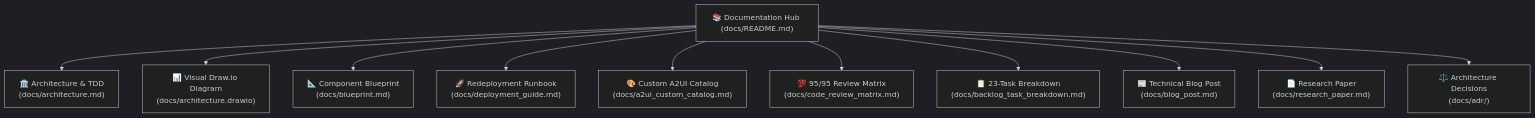
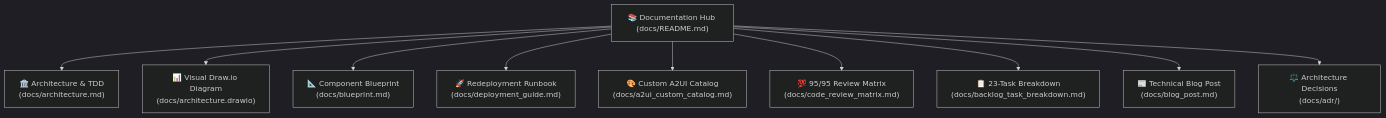
The diagram in docs/README.md (tiaaburton/Data-Recon-Agent), drawn with Mermaid (dark theme) before and after one commit. The commit also changed other lines of this file and 3 other files, not shown here.

Commit message:
docs: remove research paper from repository and documentation hub

````diff
--- a/docs/README.md
+++ b/docs/README.md
@@ -11,26 +11,24 @@
 ```mermaid
 graph TD
     Hub["📚 Documentation Hub (docs/README.md)"]
     
     Arch["🏛️ Architecture & TDD<br/>(docs/architecture.md)"]
     DrawIO["📊 Visual Draw.io Diagram<br/>(docs/architecture.drawio)"]
     Blueprint["📐 Component Blueprint<br/>(docs/blueprint.md)"]
     Deploy["🚀 Redeployment Runbook<br/>(docs/deployment_guide.md)"]
     A2UI["🎨 Custom A2UI Catalog<br/>(docs/a2ui_custom_catalog.md)"]
     Scorecard["💯 95/95 Review Matrix<br/>(docs/code_review_matrix.md)"]
     Backlog["📋 23-Task Breakdown<br/>(docs/backlog_task_breakdown.md)"]
     Blog["📰 Technical Blog Post<br/>(docs/blog_post.md)"]
-    Paper["📄 Research Paper<br/>(docs/research_paper.md)"]
     ADR["⚖️ Architecture Decisions<br/>(docs/adr/)"]
 
     Hub --> Arch
     Hub --> DrawIO
     Hub --> Blueprint
     Hub --> Deploy
     Hub --> A2UI
     Hub --> Scorecard
     Hub --> Backlog
     Hub --> Blog
-    Hub --> Paper
     Hub --> ADR
 ```
````
